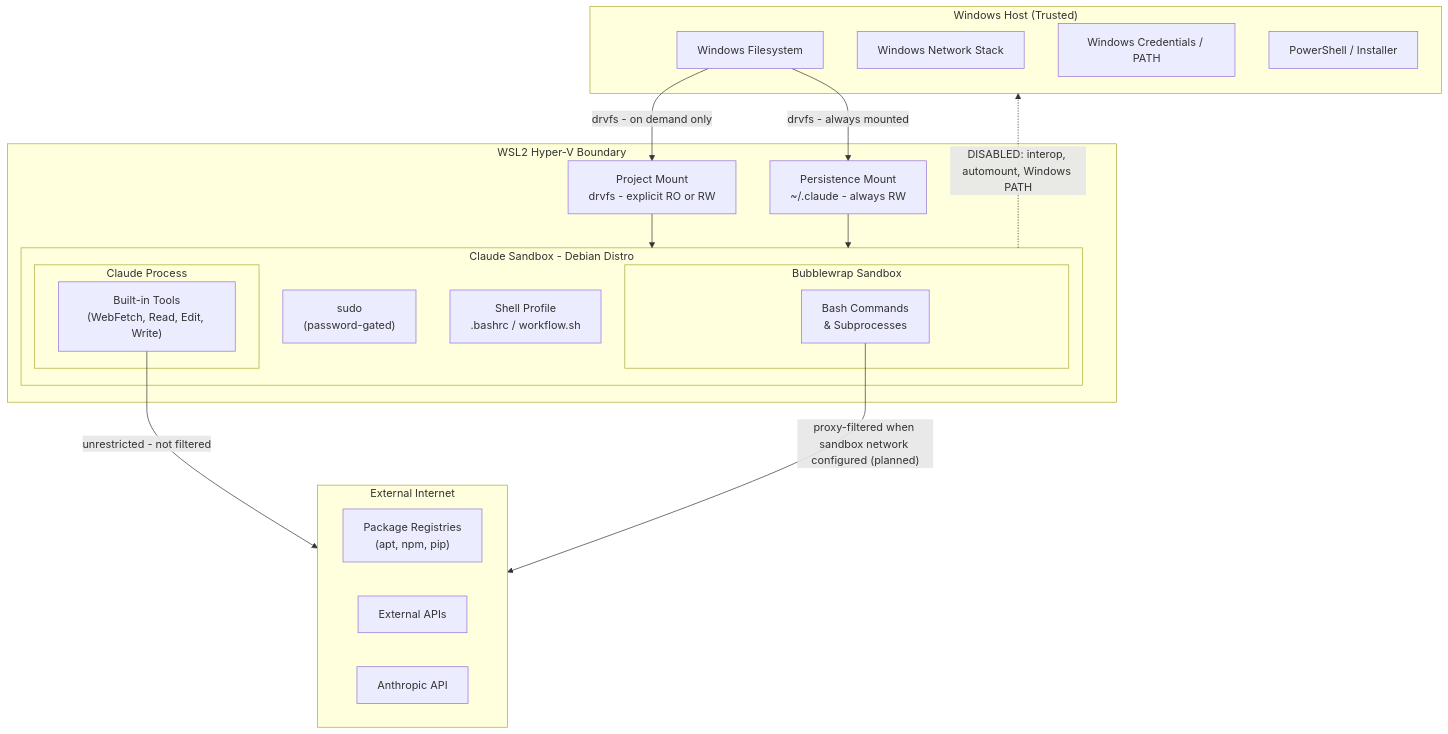
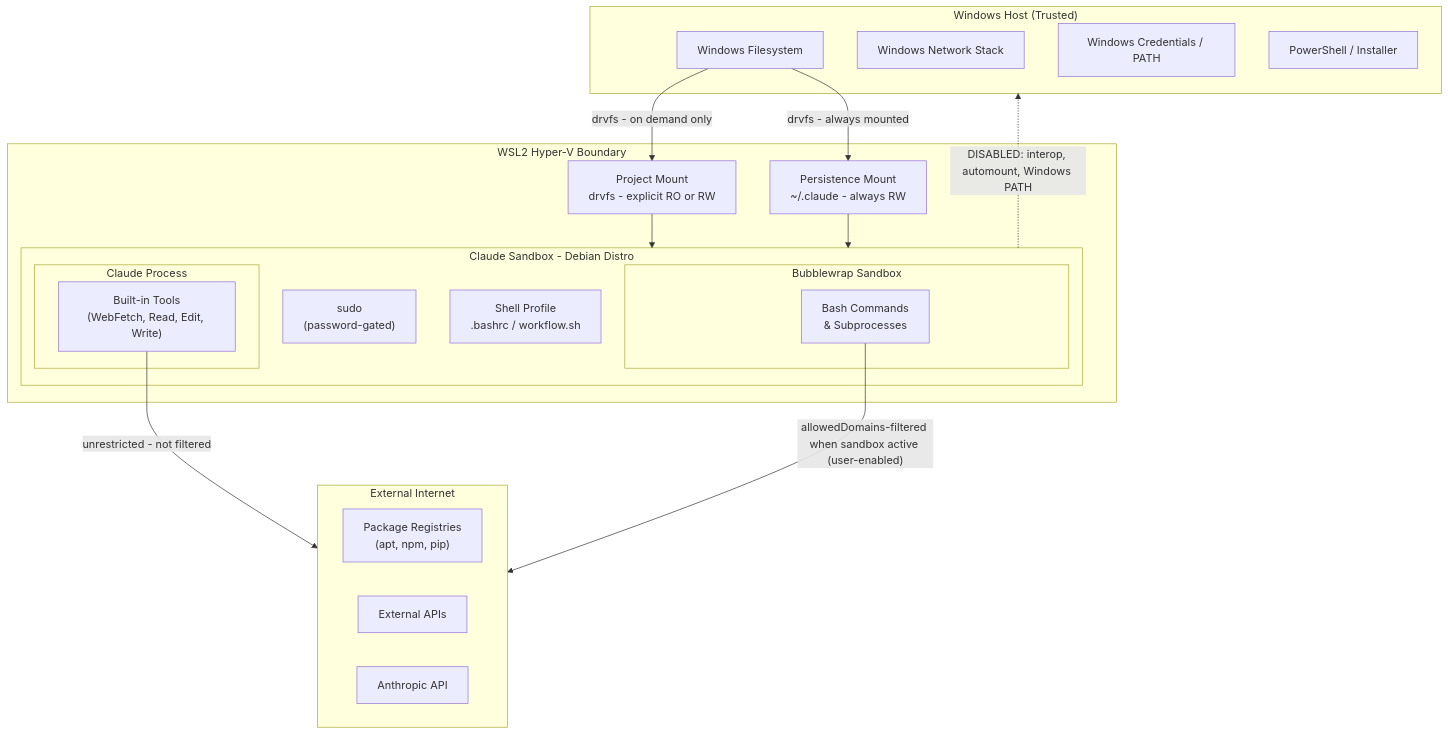
The diagram in docs/threat-model.md (ChrisMavrommatis/claude-sandbox), drawn with Mermaid before and after one commit. The commit also changed other lines of this file and 6 other files, not shown here.

Commit message:
allowed domains

````diff
--- a/docs/threat-model.md
+++ b/docs/threat-model.md
@@ -33,38 +33,38 @@
 ```mermaid
 graph TB
     subgraph WinHost ["Windows Host (Trusted)"]
         WinFS[Windows Filesystem]
         WinNET[Windows Network Stack]
         WinCreds[Windows Credentials / PATH]
         PS[PowerShell / Installer]
     end
 
     subgraph WSL2Boundary ["WSL2 Hyper-V Boundary"]
         subgraph Distro ["Claude Sandbox - Debian Distro"]
             subgraph ClaudeProc ["Claude Process"]
                 BuiltIn["Built-in Tools\n(WebFetch, Read, Edit, Write)"]
             end
             subgraph BWrap ["Bubblewrap Sandbox"]
                 Bash["Bash Commands\n& Subprocesses"]
             end
             Sudoers["sudo\n(password-gated)"]
             Profile["Shell Profile\n.bashrc / workflow.sh"]
         end
         PersistMount["Persistence Mount\n~/.claude  -  always RW"]
         ProjectMount["Project Mount\ndrvfs  -  explicit RO or RW"]
     end
 
     subgraph Internet ["External Internet"]
         PkgReg["Package Registries\n(apt, npm, pip)"]
         ExtAPI["External APIs"]
         ClaudeAPI["Anthropic API"]
     end
 
     WinFS -->|"drvfs - on demand only"| ProjectMount
     WinFS -->|"drvfs - always mounted"| PersistMount
     ProjectMount --> Distro
     PersistMount --> Distro
     BuiltIn -->|"unrestricted - not filtered"| Internet
-    Bash -->|"proxy-filtered when sandbox network configured (planned)"| Internet
+    Bash -->|"allowedDomains-filtered when sandbox active (user-enabled)"| Internet
     Distro -.->|"DISABLED: interop, automount, Windows PATH"| WinHost
 ```
````
